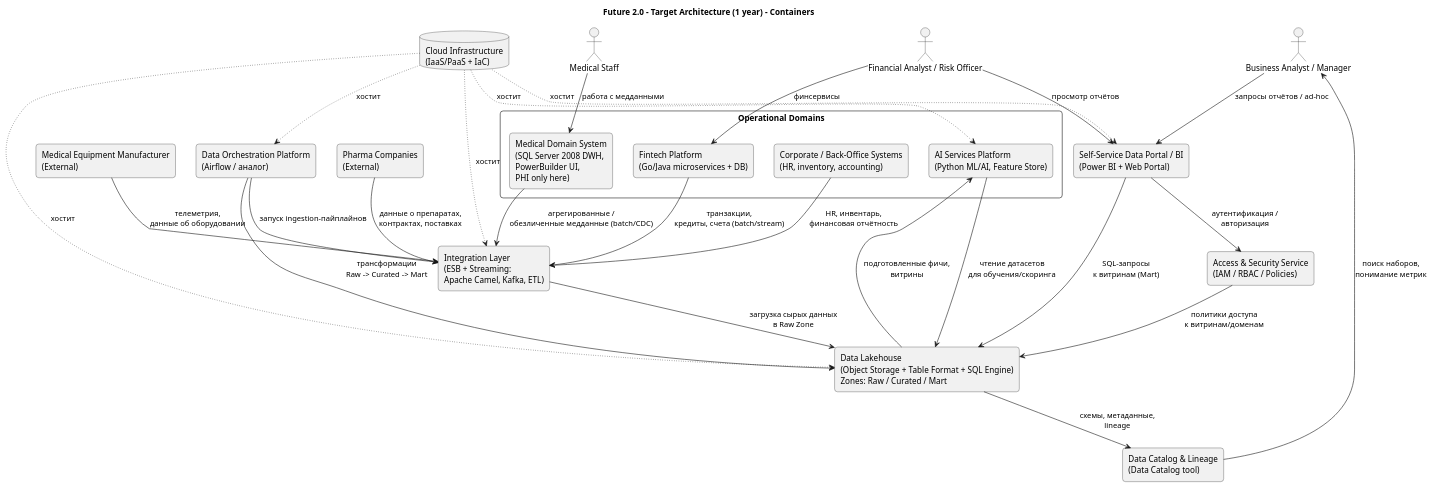
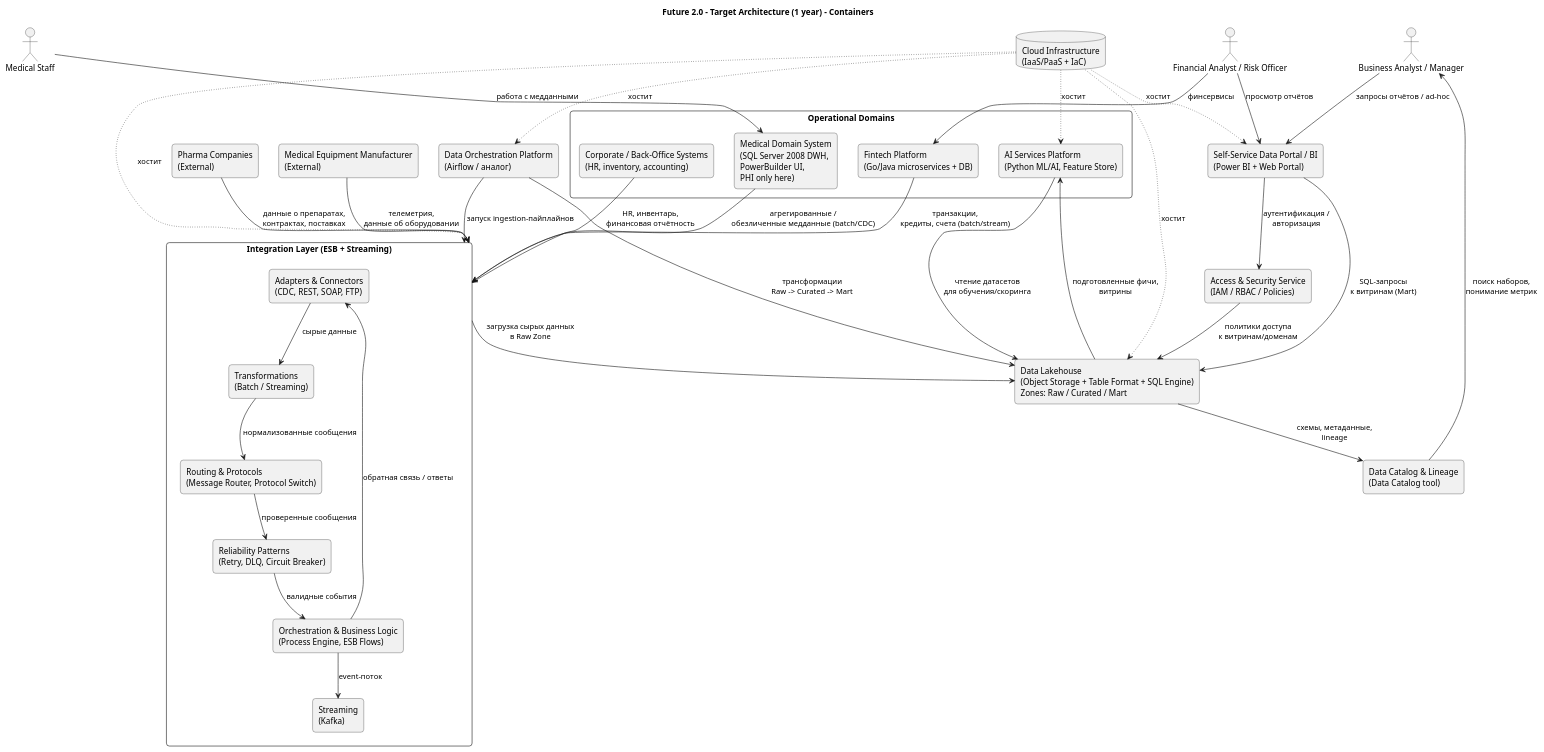
Before and after one commit to egor-dgp/architecture-future_2_0: the diagram in Task1/Feture 2.0 - Target Architecture (1 year) - Containers.puml, drawn with PlantUML. The commit also changed 1 other file, not shown here.

```diff
--- a/Task1/Feture 2.0 - Target Architecture (1 year) - Containers.puml
+++ b/Task1/Feture 2.0 - Target Architecture (1 year) - Containers.puml
@@ -1,80 +1,95 @@
 @startuml
 title Future 2.0 – Target Architecture (1 year) – Containers
 
 skinparam rectangle {
   RoundCorner 10
 }
 
 actor "Business Analyst / Manager" as business
 actor "Medical Staff" as medstaff
 actor "Financial Analyst / Risk Officer" as finanalyst
 
 rectangle "Pharma Companies\n(External)" as pharma
 rectangle "Medical Equipment Manufacturer\n(External)" as equip
 
 rectangle "Operational Domains" {
   rectangle "Medical Domain System\n(SQL Server 2008 DWH,\nPowerBuilder UI,\nPHI only here)" as med_sys
   rectangle "Fintech Platform\n(Go/Java microservices + DB)" as fintech
   rectangle "AI Services Platform\n(Python ML/AI, Feature Store)" as ai
   rectangle "Corporate / Back-Office Systems\n(HR, inventory, accounting)" as corp
 }
 
-rectangle "Integration Layer\n(ESB + Streaming:\nApache Camel, Kafka, ETL)" as int_layer
+rectangle "Integration Layer (ESB + Streaming)" as int_layer {
+  rectangle "Adapters & Connectors\n(CDC, REST, SOAP, FTP)" as adapters
+  rectangle "Transformations\n(Batch / Streaming)" as transformations
+  rectangle "Routing & Protocols\n(Message Router, Protocol Switch)" as routing
+  rectangle "Reliability Patterns\n(Retry, DLQ, Circuit Breaker)" as reliability
+  rectangle "Orchestration & Business Logic\n(Process Engine, ESB Flows)" as orchestration
+  rectangle "Streaming\n(Kafka)" as streaming
+}
+
+' Внутренние связи в Integration Layer
+adapters --> transformations : сырые данные
+transformations --> routing : нормализованные сообщения
+routing --> reliability : проверенные сообщения
+reliability --> orchestration : валидные события
+orchestration --> streaming : event-поток
+orchestration --> adapters : обратная связь / ответы
 
 rectangle "Data Lakehouse\n(Object Storage + Table Format + SQL Engine)\nZones: Raw / Curated / Mart" as lakehouse
 
 rectangle "Self-Service Data Portal / BI\n(Power BI + Web Portal)" as bi_portal
 
 rectangle "Data Catalog & Lineage\n(Data Catalog tool)" as catalog
 
 rectangle "Data Orchestration Platform\n(Airflow / аналог)" as orch
 
 rectangle "Access & Security Service\n(IAM / RBAC / Policies)" as iam
 
 database "Cloud Infrastructure\n(IaaS/PaaS + IaC)" as cloud
 
 ' Пользователи
 business --> bi_portal : запросы отчётов / ad-hoc
 medstaff --> med_sys : работа с медданными
 finanalyst --> fintech : финсервисы
 finanalyst --> bi_portal : просмотр отчётов
 
 ' Внешние партнёры
 pharma --> int_layer : данные о препаратах,\nконтрактах, поставках
 equip --> int_layer : телеметрия,\nданные об оборудовании
 
 ' Домены -> интеграция
 med_sys --> int_layer : агрегированные /\nобезличенные медданные (batch/CDC)
 fintech --> int_layer : транзакции,\nкредиты, счета (batch/stream)
 corp --> int_layer : HR, инвентарь,\nфинансовая отчётность
 
 ' Интеграция -> Lakehouse
 int_layer --> lakehouse : загрузка сырых данных\nв Raw Zone
 
 ' Оркестрация
 orch --> lakehouse : трансформации\nRaw -> Curated -> Mart
 orch --> int_layer : запуск ingestion-пайплайнов
 
 ' Lakehouse <-> AI
 ai --> lakehouse : чтение датасетов\nдля обучения/скоринга
 lakehouse --> ai : подготовленные фичи,\nвитрины
 
 ' BI <-> Lakehouse
 bi_portal --> lakehouse : SQL-запросы\nк витринам (Mart)
 
 ' Catalog & lineage
 lakehouse --> catalog : схемы, метаданные,\nlineage
 catalog --> business : поиск наборов,\nпонимание метрик
 
 ' Access & Security
 bi_portal --> iam : аутентификация /\nавторизация
 iam --> lakehouse : политики доступа\nк витринам/доменам
 
 ' Cloud hosting
 cloud -[dotted]-> lakehouse : хостит
 cloud -[dotted]-> int_layer : хостит
 cloud -[dotted]-> orch : хостит
 cloud -[dotted]-> ai : хостит
 cloud -[dotted]-> bi_portal : хостит
 
 @enduml
```
